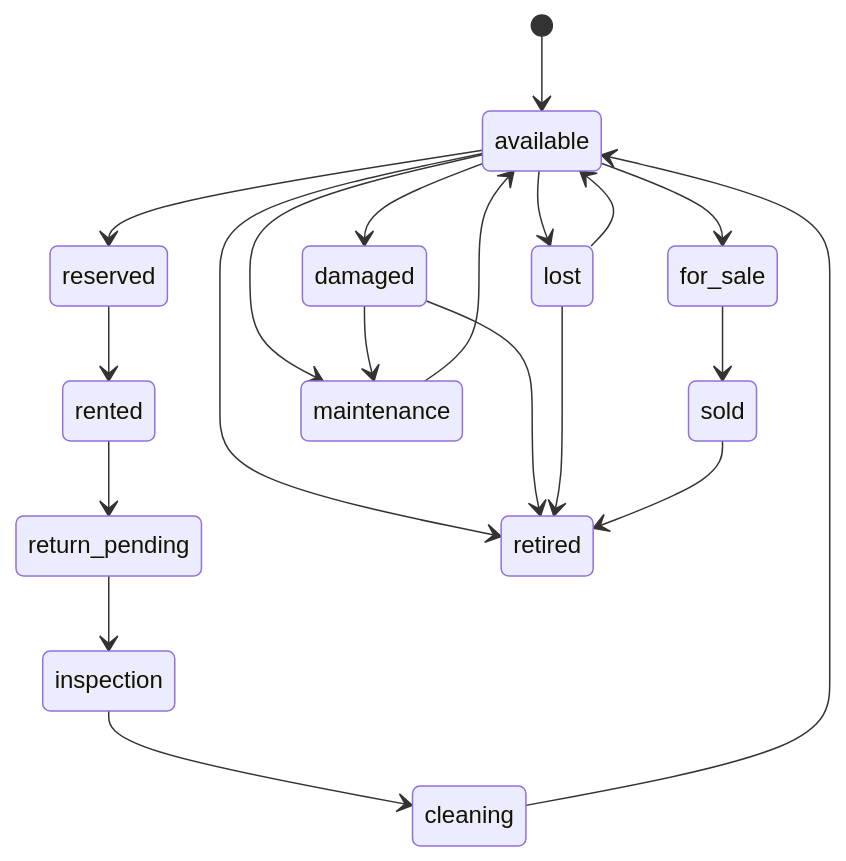
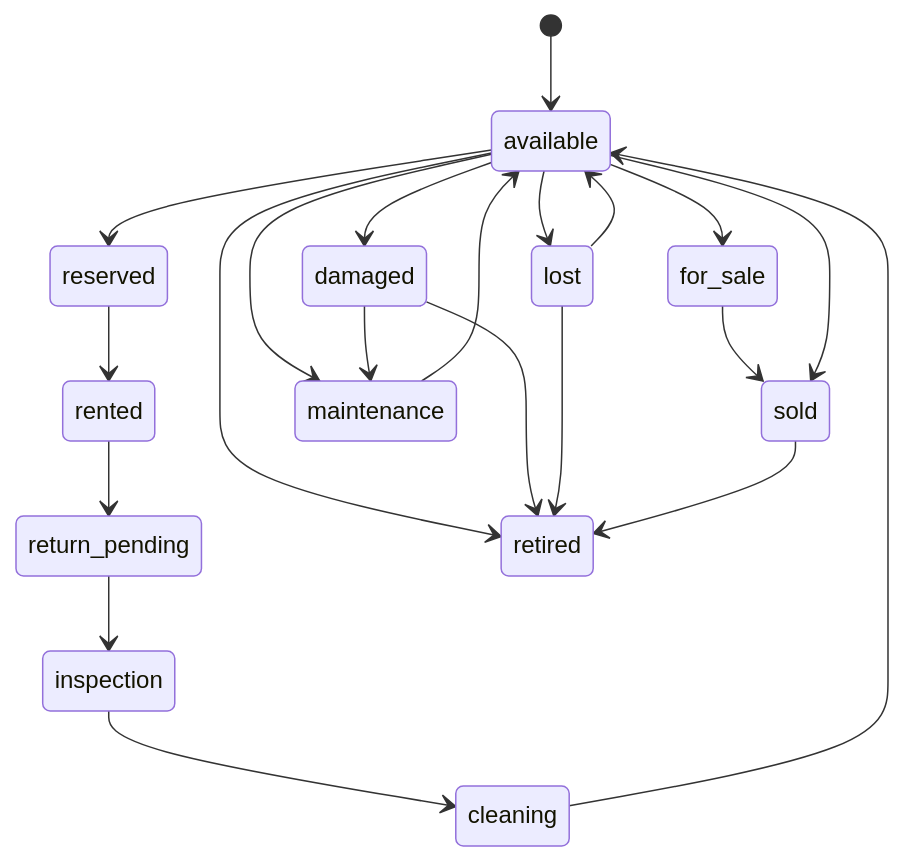
The diagram in docs/backend-v2/InventoryDesign.md (jj611a/juman), drawn with Mermaid before and after one commit. The commit also changed other lines of this file and 40 other files, not shown here.

````diff
--- a/docs/backend-v2/InventoryDesign.md
+++ b/docs/backend-v2/InventoryDesign.md
@@ -64,22 +64,23 @@
 ```mermaid
 stateDiagram-v2
   [*] --> available
   available --> reserved
   reserved --> rented
   rented --> return_pending
   return_pending --> inspection
   inspection --> cleaning
   cleaning --> available
   available --> for_sale
   for_sale --> sold
+  available --> sold
   available --> maintenance
   maintenance --> available
   available --> retired
   available --> lost
   available --> damaged
   damaged --> maintenance
   damaged --> retired
   lost --> available
   lost --> retired
   sold --> retired
 ```
````
